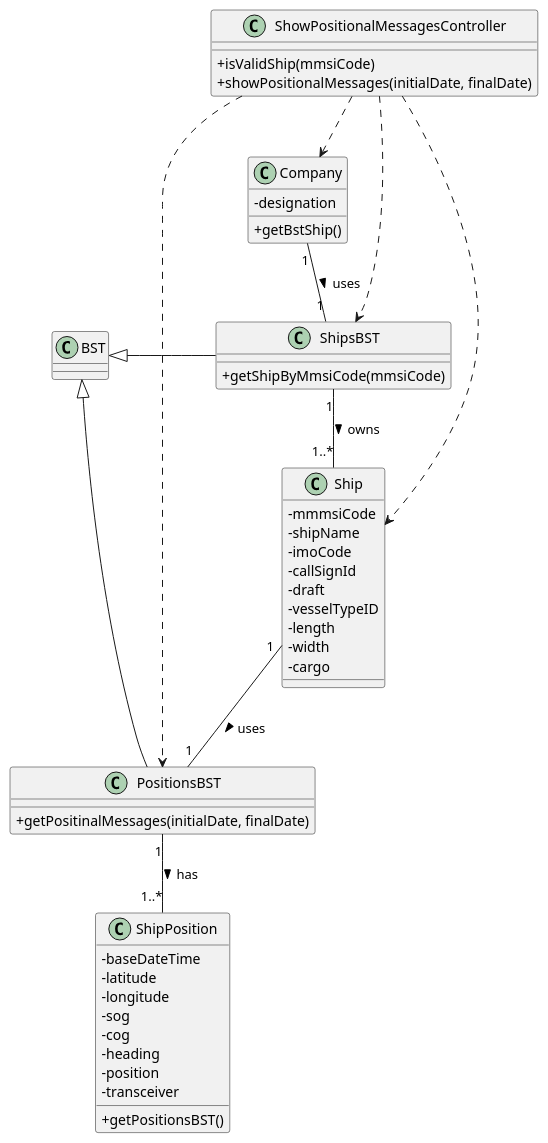
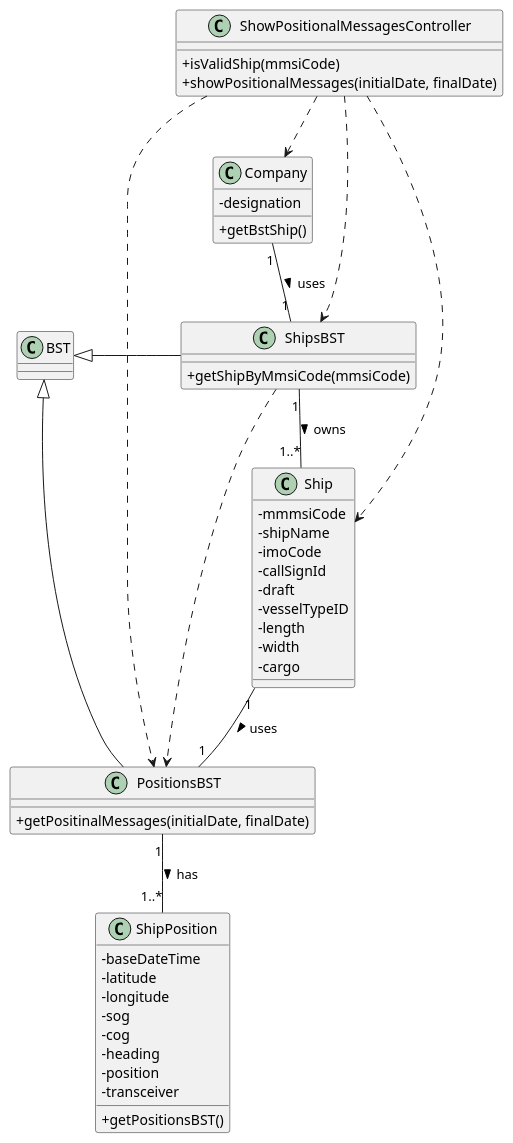
One commit to ana-albergaria/LAPR3-ISEP changed the diagram in docs/US103/US103_CD.puml. Above: the diagram before and after it, drawn with PlantUML. The commit also changed 3 other files, not shown here.

Commit message:
G54-3 G54-7 Correcting CD Diagram

```diff
--- a/docs/US103/US103_CD.puml
+++ b/docs/US103/US103_CD.puml
@@ -1,67 +1,68 @@
 @startuml
 
 skinparam classAttributeIconSize 0
 
 
 class Ship {
     -mmmsiCode
     -shipName
     -imoCode
     -callSignId
     -draft
     -vesselTypeID
     -length
     -width
     -cargo
 }
 
 class ShipPosition {
     -baseDateTime
     -latitude
     -longitude
     -sog
     -cog
     -heading
     -position
     -transceiver
     +getPositionsBST()
 }
 
 class ShipsBST {
     +getShipByMmsiCode(mmsiCode)
 }
 
 class PositionsBST {
     +getPositinalMessages(initialDate, finalDate)
 }
 
 /'class ShowPositionalMessagesUI {}'/
 
 class ShowPositionalMessagesController {
     +isValidShip(mmsiCode)
     +showPositionalMessages(initialDate, finalDate)
 }
 
 class Company {
     -designation
     +getBstShip()
 }
 
 /'Ship "1" -- "1..*" ShipPosition : has >'/
 /'Company "1" -- "1..*" Ship : owns >'/
 
 Company "1" -- "1" ShipsBST : uses >
 ShipsBST "1" -- "1..*" Ship : owns >
 Ship "1" -- "1" PositionsBST : uses >
 PositionsBST "1" -- "1..*" ShipPosition : has >
 /'ShowPositionalMessagesUI ..> ShowPositionalMessagesController'/
 ShowPositionalMessagesController ..> Company
 ShowPositionalMessagesController ..> ShipsBST
 ShowPositionalMessagesController ..> Ship
 ShowPositionalMessagesController ..> PositionsBST
+ShipsBST ..> PositionsBST
 
 BST <|- PositionsBST
 BST <|- ShipsBST
 
 
 @enduml
```
